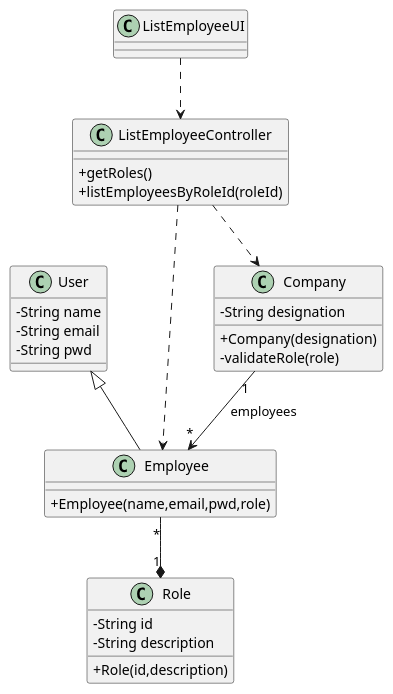
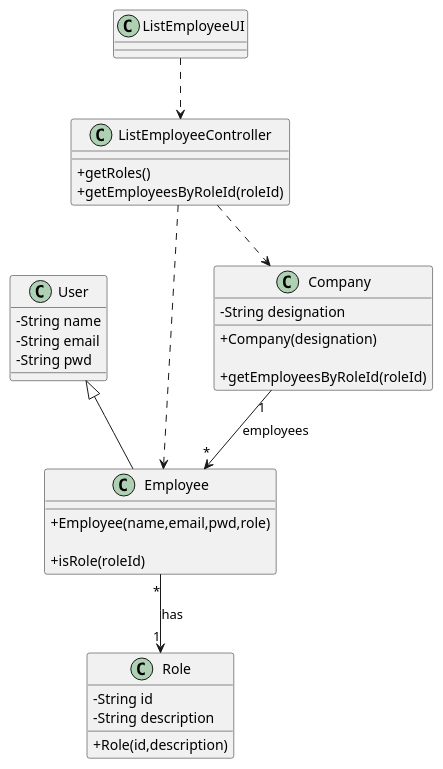
Before and after one commit to miseEnPlace-i/lapr2: the diagram in docs/SprintB/US11/CD/US11_CD.puml, drawn with PlantUML. The commit also changed 4 other files, not shown here.

```diff
--- a/docs/SprintB/US11/CD/US11_CD.puml
+++ b/docs/SprintB/US11/CD/US11_CD.puml
@@ -1,42 +1,45 @@
 @startuml
 skinparam classAttributeIconSize 0
 
 class User {
   - String name
   - String email
   - String pwd
 }
 
 class Employee {
   +Employee(name,email,pwd,role)
+
+  +isRole(roleId)
 }
 
 class Role {
   -String id
   -String description
 
   +Role(id,description)
 }
 
 class Company {
   -String designation
   +Company(designation)
-  -validateRole(role)
+
+  +getEmployeesByRoleId(roleId)
 }
 
 class ListEmployeeController {
   +getRoles()
-  +listEmployeesByRoleId(roleId)
+  +getEmployeesByRoleId(roleId)
 }
 
 class ListEmployeeUI {}
 
 ListEmployeeUI ..> ListEmployeeController
 ListEmployeeController ..> Employee
 ListEmployeeController ..> Company
-Employee "*" --* "1" Role
+Employee "*" --> "1" Role : has
 Company "1" --> "*" Employee : employees
 
 User <|-- Employee 
 
 @enduml
```
